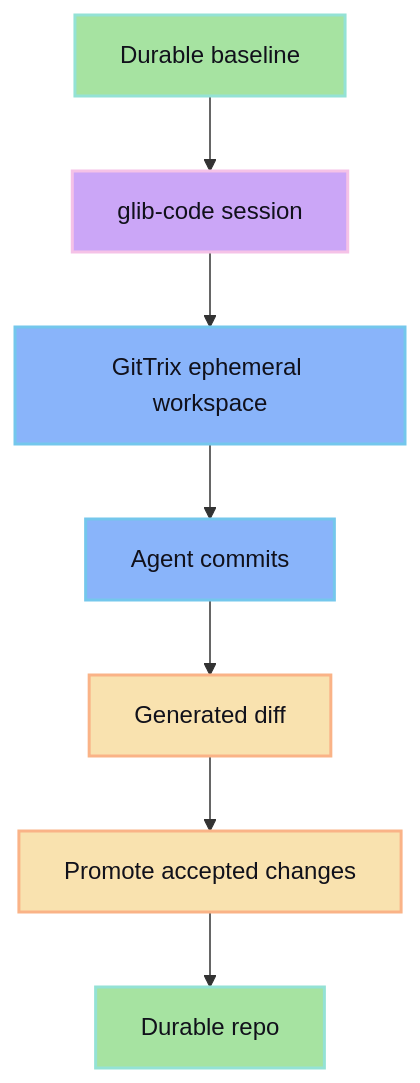
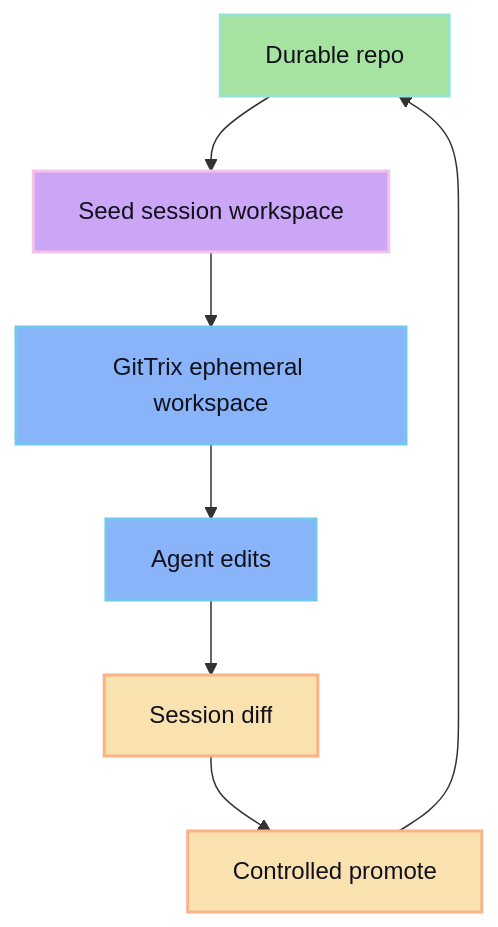
Before and after one commit to cloudboy-jh/glib-code-docs: the diagram in src/content/docs/concepts/gittrix.md, drawn with Mermaid. The commit also changed other lines of this file and 18 other files, not shown here.

Commit message:
Rebuild docs IA and diagrams

````diff
--- a/src/content/docs/concepts/gittrix.md
+++ b/src/content/docs/concepts/gittrix.md
@@ -10,19 +14,19 @@
 ```mermaid
 flowchart TD
-  Baseline["Durable baseline"] --> Session["glib-code session"]
-  Session --> Ephemeral["GitTrix ephemeral workspace"]
-  Ephemeral --> Agent["Agent commits"]
-  Agent --> Diff["Generated diff"]
-  Diff --> Promote["Promote accepted changes"]
-  Promote --> Durable["Durable repo"]
+  Durable["Durable repo"] --> Seed["Seed session workspace"]
+  Seed --> Ephemeral["GitTrix ephemeral workspace"]
+  Ephemeral --> Agent["Agent edits"]
+  Agent --> Diff["Session diff"]
+  Diff --> Promote["Controlled promote"]
+  Promote --> Durable
 
   classDef durable fill:#a6e3a1,stroke:#94e2d5,color:#11111b,stroke-width:2px
   classDef session fill:#cba6f7,stroke:#f5c2e7,color:#11111b,stroke-width:2px
   classDef ephemeral fill:#89b4fa,stroke:#74c7ec,color:#11111b,stroke-width:2px
   classDef review fill:#f9e2af,stroke:#fab387,color:#11111b,stroke-width:2px
 
-  class Baseline,Durable durable
-  class Session session
+  class Durable durable
+  class Seed session
   class Ephemeral,Agent ephemeral
   class Diff,Promote review
 ```
````
